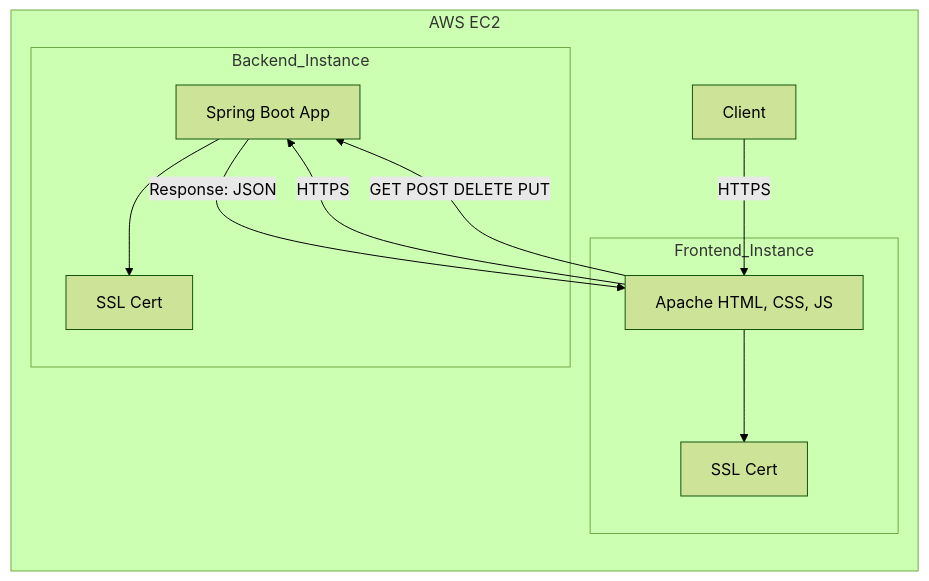
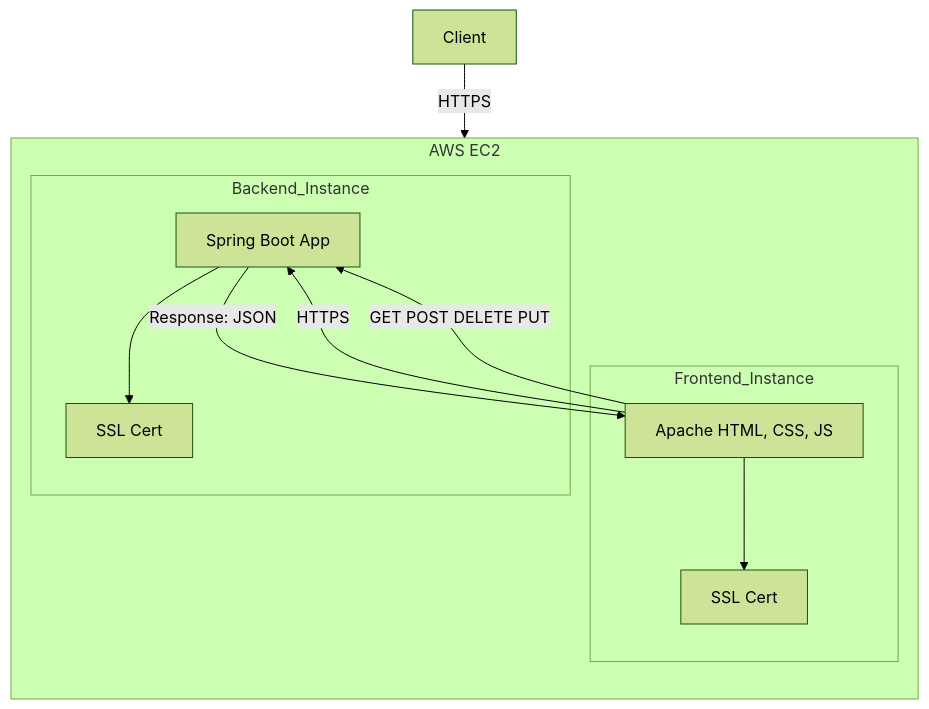
Before and after one commit to leoncico/AREP-LAB06: the first of 3 diagrams in README.md, drawn with Mermaid (forest theme). The commit also changed other lines of this file, not shown here.

Commit message:
Ajuste Readme

````diff
--- a/README.md
+++ b/README.md
@@ -68,26 +62,28 @@
 ```mermaid
 graph TD
+
+    F[Client] -->|HTTPS| B
 
     subgraph "AWS EC2"
         direction TB
 
         subgraph Frontend_Instance
             B[Apache HTML, CSS, JS]
             C[SSL Cert]
             B --> C
         end
 
         subgraph Backend_Instance
             D[Spring Boot App]
             E[SSL Cert]
             D --> E
         end
 
-        F[Client] -->|HTTPS| B
+        
 
         B -->|HTTPS| D
         B -->|GET POST DELETE PUT| D
         D -->|Response: JSON| B
     end
 
 ```  
````
